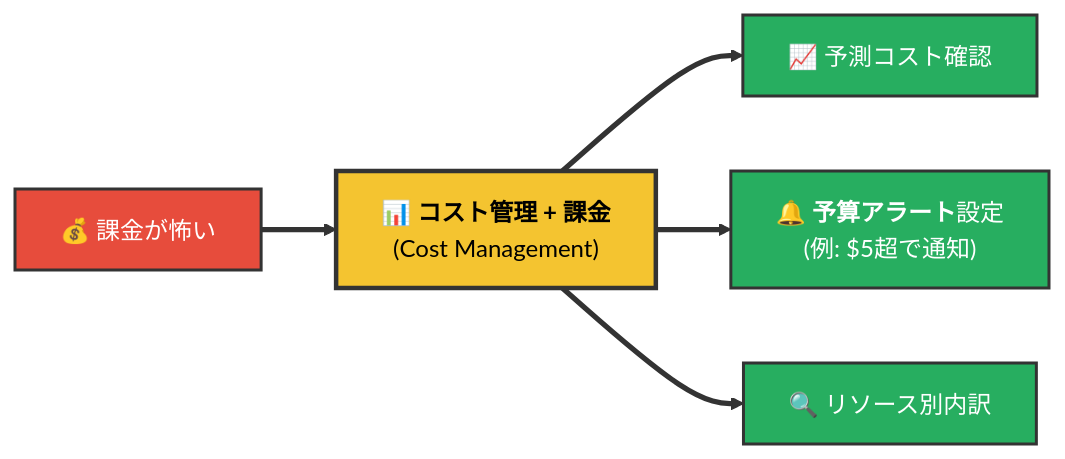
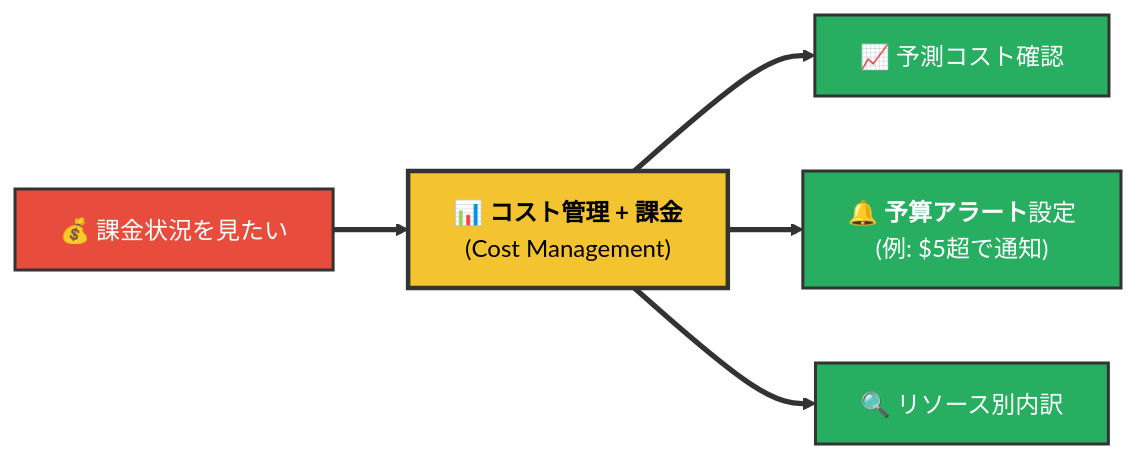
Before and after one commit to kasuyaofcb/tech_docs: diagram 26 of 35 in azure/azure.md, drawn with Mermaid. The commit also changed other lines of this file and 1 other file, not shown here.

````diff
--- a/azure/azure.md
+++ b/azure/azure.md
@@ -756,13 +756,13 @@
 ```mermaid
 flowchart LR
-    P["💰 課金が怖い"] ==> B["📊 <b>コスト管理 + 課金</b><br/>(Cost Management)"]
+    P["💰 課金状況を見たい"] ==> B["📊 <b>コスト管理 + 課金</b><br/>(Cost Management)"]
     B ==> B1["📈 予測コスト確認"]
     B ==> B2["🔔 <b>予算アラート</b>設定<br/>(例: $5超で通知)"]
     B ==> B3["🔍 リソース別内訳"]
 
     style P fill:#E74C3C,color:#FFFFFF,stroke:#333,stroke-width:2px
     style B fill:#F4C430,color:#000,stroke:#333,stroke-width:3px
     style B1 fill:#27AE60,color:#FFFFFF,stroke:#333,stroke-width:2px
     style B2 fill:#27AE60,color:#FFFFFF,stroke:#333,stroke-width:2px
     style B3 fill:#27AE60,color:#FFFFFF,stroke:#333,stroke-width:2px
 ```
````
